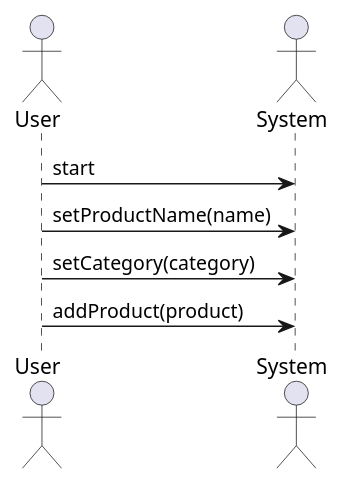
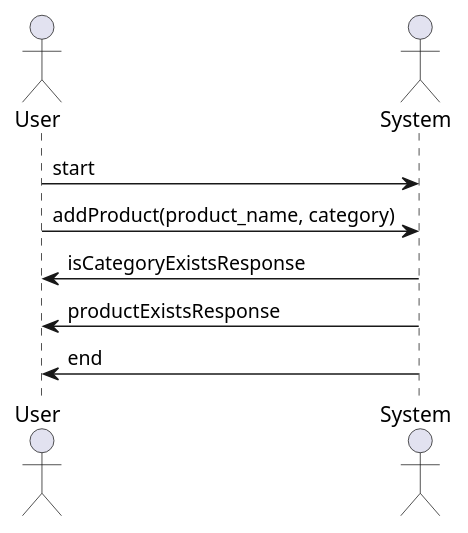
The diagram in src/diagrams_operations/add_product.wsd (drDeepl/purchased-products-app-nest), drawn with PlantUML before and after one commit. The commit also changed 36 other files, not shown here.

```diff
--- a/src/diagrams_operations/add_product.wsd
+++ b/src/diagrams_operations/add_product.wsd
@@ -1,13 +1,14 @@
 @startuml add_product
 
 skinparam backgroundColor #FFFFFF
 
 actor User
 actor System
 
 User -> System: start
-User -> System: setProductName(name)
-User -> System: setCategory(category)
-User -> System: addProduct(product)
+User -> System: addProduct(product_name, category)
+System -> User: isCategoryExistsResponse
+System -> User: productExistsResponse
+System -> User: end
 
 @enduml
```
